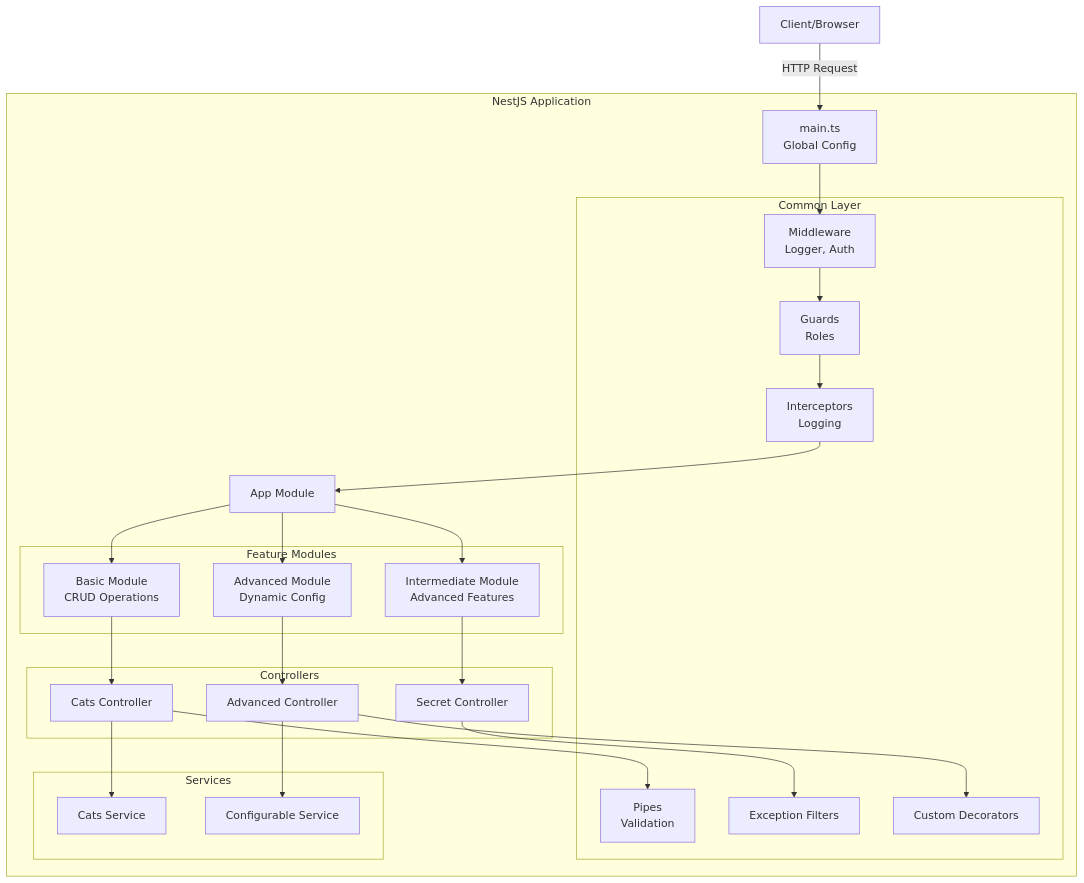
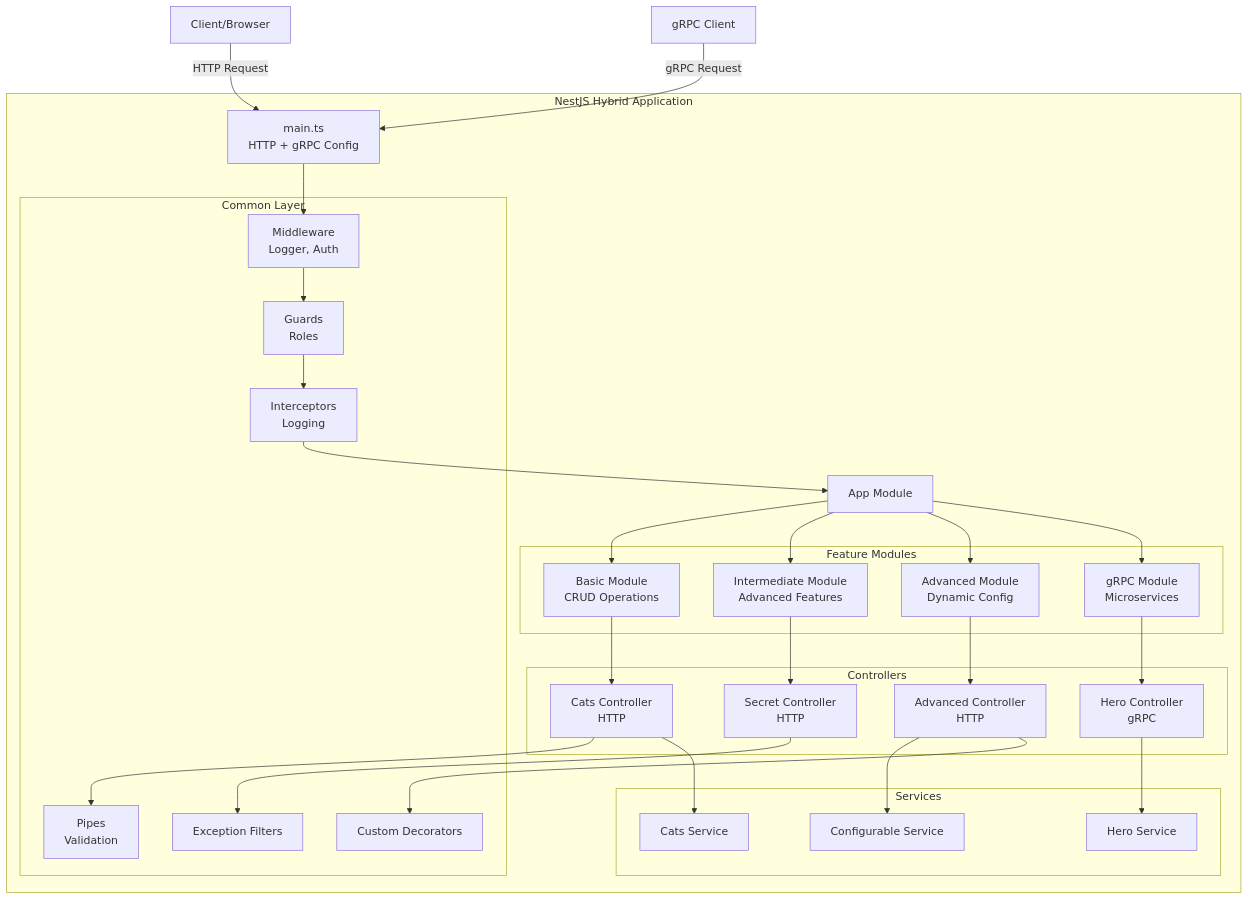
Before and after one commit to shubhamd99/react: the diagram in nestjs/README.md, drawn with Mermaid. The commit also changed other lines of this file and 11 other files, not shown here.

````diff
--- a/nestjs/README.md
+++ b/nestjs/README.md
@@ -58,52 +62,60 @@
 ```mermaid
 graph TB
     Client[Client/Browser]
+    GrpcClient[gRPC Client]
 
-    subgraph "NestJS Application"
-        Main[main.ts<br/>Global Config]
+    subgraph "NestJS Hybrid Application"
+        Main[main.ts<br/>HTTP + gRPC Config]
         AppModule[App Module]
 
         subgraph "Common Layer"
             Middleware[Middleware<br/>Logger, Auth]
             Guards[Guards<br/>Roles]
             Interceptors[Interceptors<br/>Logging]
             Pipes[Pipes<br/>Validation]
             Filters[Exception Filters]
             Decorators[Custom Decorators]
         end
 
         subgraph "Feature Modules"
             BasicModule[Basic Module<br/>CRUD Operations]
             IntermediateModule[Intermediate Module<br/>Advanced Features]
             AdvancedModule[Advanced Module<br/>Dynamic Config]
+            GrpcModule[gRPC Module<br/>Microservices]
         end
 
         subgraph "Controllers"
-            CatsController[Cats Controller]
-            SecretController[Secret Controller]
-            AdvancedController[Advanced Controller]
+            CatsController[Cats Controller<br/>HTTP]
+            SecretController[Secret Controller<br/>HTTP]
+            AdvancedController[Advanced Controller<br/>HTTP]
+            HeroController[Hero Controller<br/>gRPC]
         end
 
         subgraph "Services"
             CatsService[Cats Service]
             ConfigService[Configurable Service]
+            HeroService[Hero Service]
         end
     end
 
     Client -->|HTTP Request| Main
+    GrpcClient -->|gRPC Request| Main
     Main --> Middleware
     Middleware --> Guards
     Guards --> Interceptors
     Interceptors --> AppModule
     AppModule --> BasicModule
     AppModule --> IntermediateModule
     AppModule --> AdvancedModule
+    AppModule --> GrpcModule
     BasicModule --> CatsController
     IntermediateModule --> SecretController
     AdvancedModule --> AdvancedController
+    GrpcModule --> HeroController
     CatsController --> Pipes
     CatsController --> CatsService
     SecretController --> Filters
     AdvancedController --> ConfigService
     AdvancedController --> Decorators
+    HeroController --> HeroService
 ```
````
